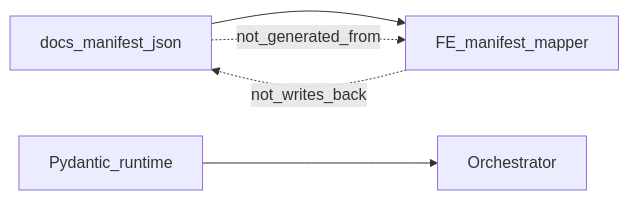
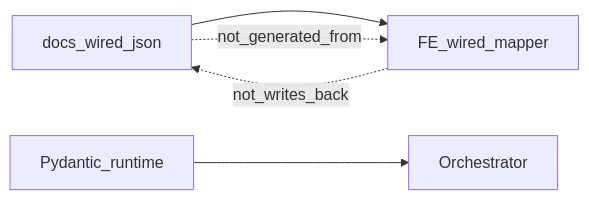
The diagram in sanctuary/pure/manifest-sot.md (prettyk-io/prettyk-secops), drawn with Mermaid before and after one commit. The commit also changed other lines of this file and 638 other files, not shown here.

````diff
--- a/sanctuary/pure/manifest-sot.md
+++ b/sanctuary/pure/manifest-sot.md
@@ -9,7 +9,7 @@
 ```mermaid
 flowchart LR
-  Json[docs_manifest_json] --> Mapper[FE_manifest_mapper]
+  Json[docs_wired_json] --> Mapper[FE_wired_mapper]
   Pyd[Pydantic_runtime] --> Orch[Orchestrator]
   Json -.->|not_generated_from| Mapper
   Mapper -.->|not_writes_back| Json
 ```
````
